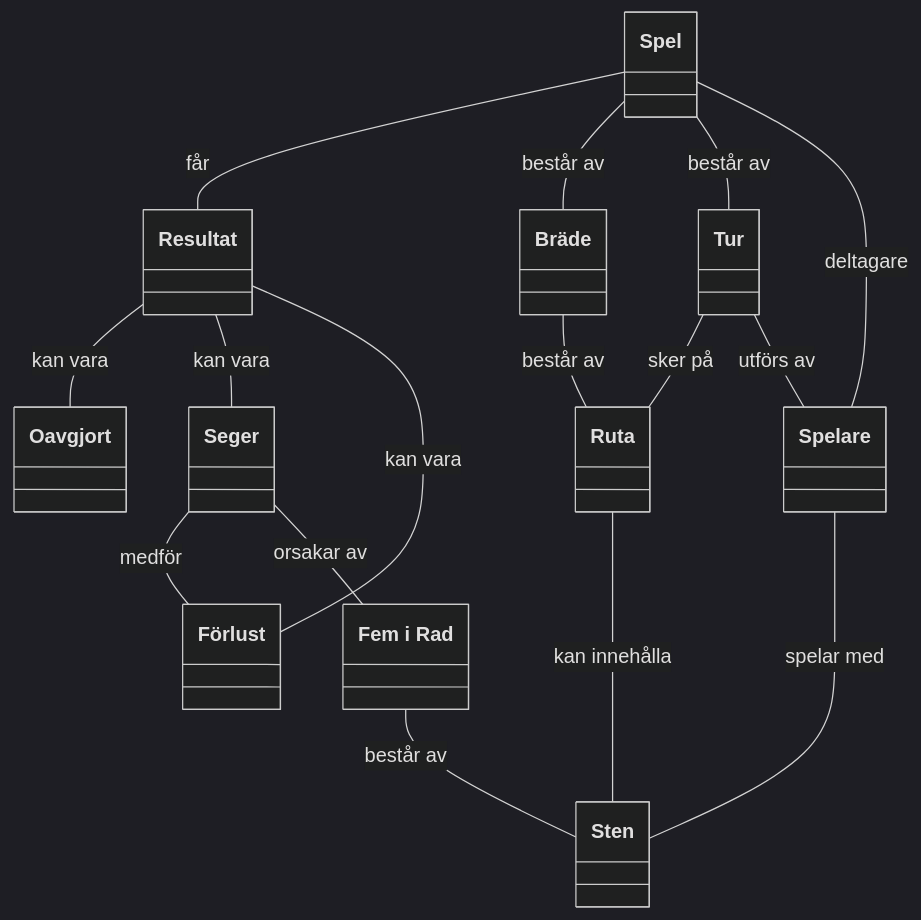
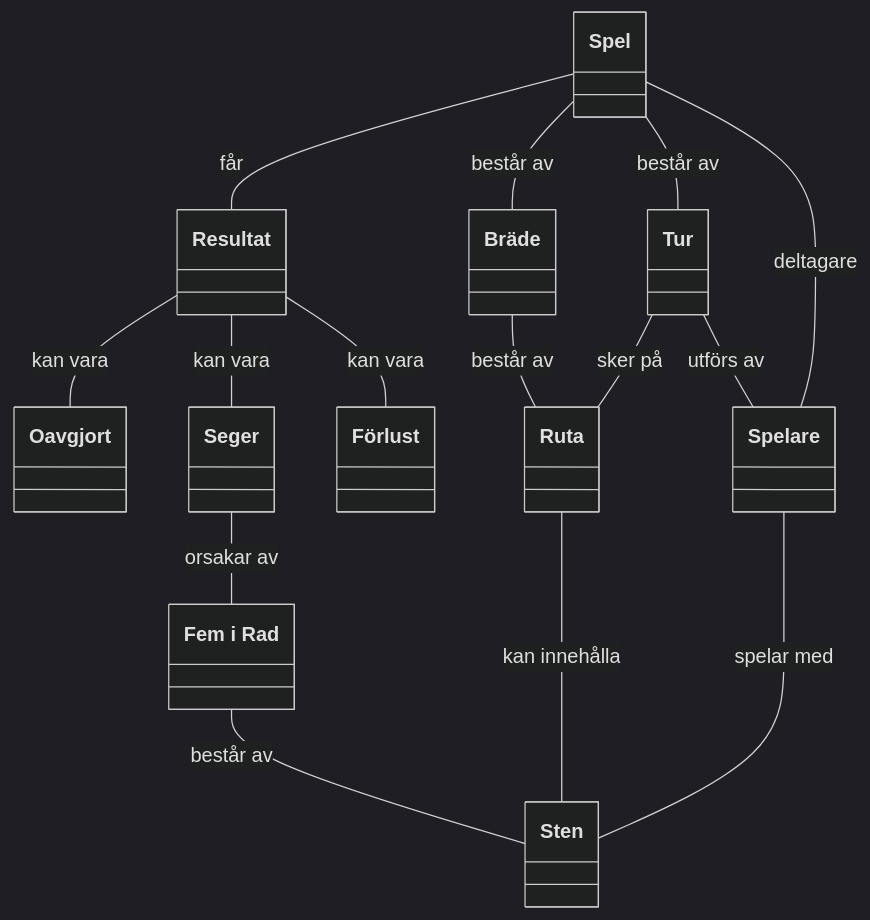
Before and after one commit to Wahlbin/gomokukravgrupp1: the diagram in docs/requirements/05-begreppsmodell.md, drawn with Mermaid (dark theme).

Commit message:
changing layout to begreppsmodellen v5

````diff
--- a/docs/requirements/05-begreppsmodell.md
+++ b/docs/requirements/05-begreppsmodell.md
@@ -5,56 +5,55 @@
 ```mermaid
 classDiagram
     direction TB
 
     class Spel {
     }
 
     class Resultat {
     }
 
     class Spelare {
     }
 
     class Bräde {
     }
 
     class Ruta {
     }
 
     class Sten {
     }
 
     class Tur {
     }
 
     class Seger {
     }
 
     class Förlust {
     }
 
     class Oavgjort {
     }
 
 
     class 5iRad["Fem i Rad"] {
     }
 
    
 
     Spel -- Resultat : får
     Spel -- Bräde : består av
     Spel -- Tur : består av
     Bräde -- Ruta : består av
     Ruta -- Sten : kan innehålla
     Tur -- Ruta : sker på
     Tur -- Spelare : utförs av
     Resultat -- Oavgjort : kan vara
     Resultat -- Seger : kan vara
     Resultat -- Förlust :kan vara
-    Seger -- Förlust : medför
     Seger -- 5iRad : orsakar av
     5iRad -- Sten : består av
     Spel -- Spelare : deltagare
     Spelare -- Sten : spelar med
 ```
````
